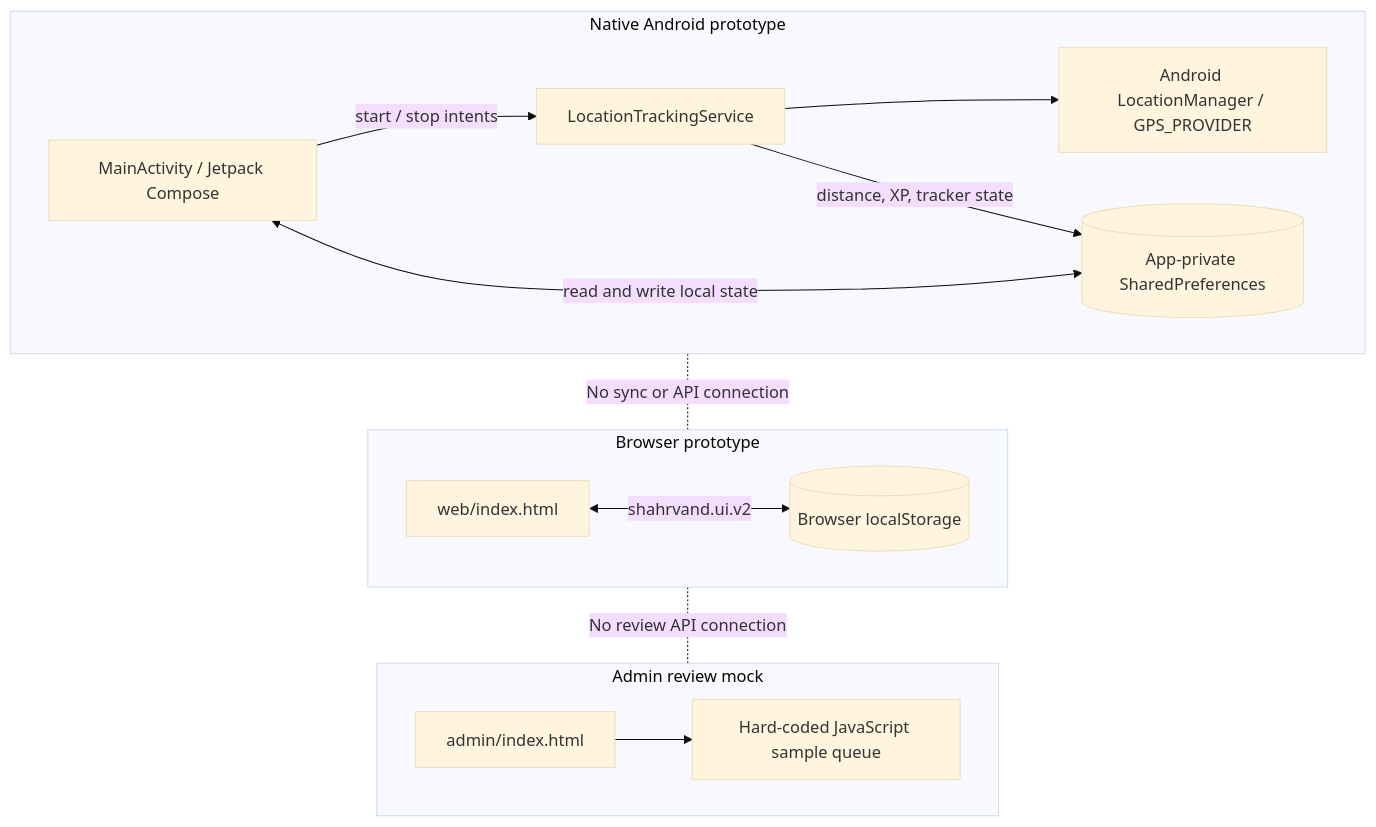
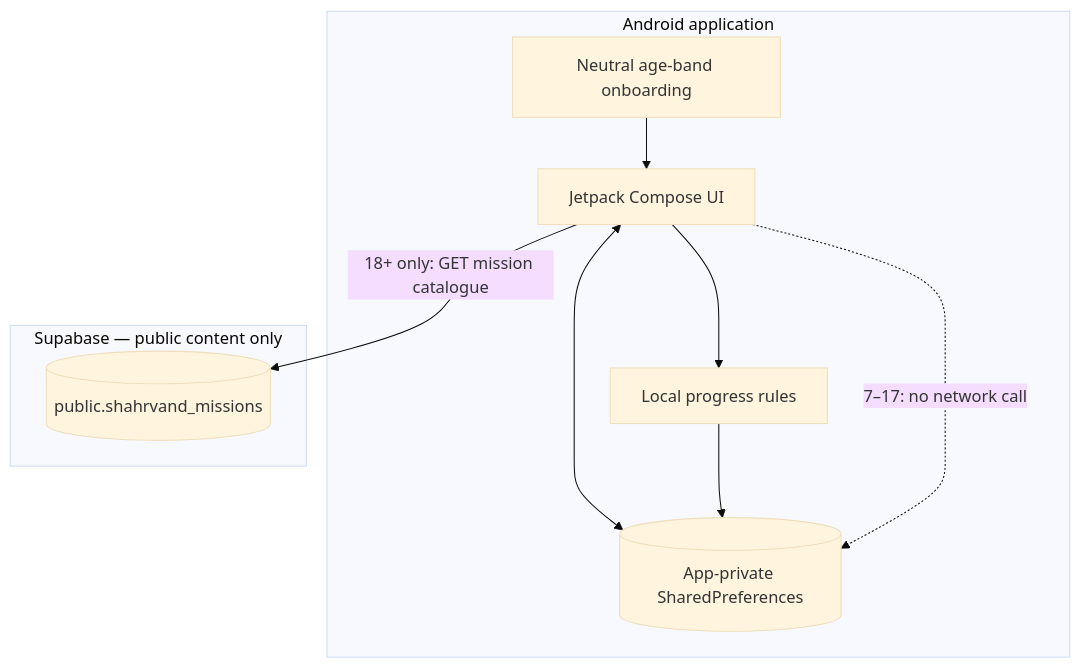
Before and after one commit to Khayom1/SHAHRVAND: the diagram in docs/ARCHITECTURE.md, drawn with Mermaid (base theme). The commit also changed other lines of this file, not shown here.

Commit message:
docs: sync technical documentation for v1.0.0

````diff
--- a/docs/ARCHITECTURE.md
+++ b/docs/ARCHITECTURE.md
@@ -9,28 +9,18 @@
 ```mermaid
 flowchart TB
-    subgraph Android["Native Android prototype"]
-        UI["MainActivity / Jetpack Compose"]
-        GPS["LocationTrackingService"]
-        PREFS[("App-private SharedPreferences")]
-        LM["Android LocationManager / GPS_PROVIDER"]
-        UI -->|"start / stop intents"| GPS
-        GPS --> LM
-        GPS -->|"distance, XP, tracker state"| PREFS
-        UI <-->|"read and write local state"| PREFS
-    end
-
-    subgraph Browser["Browser prototype"]
-        WEB["web/index.html"]
-        LS[("Browser localStorage")]
-        WEB <-->|"shahrvand.ui.v2"| LS
-    end
-
-    subgraph Admin["Admin review mock"]
-        ADMIN["admin/index.html"]
-        FIXTURES["Hard-coded JavaScript sample queue"]
-        ADMIN --> FIXTURES
-    end
-
-    Android -. "No sync or API connection" .- Browser
-    Browser -. "No review API connection" .- Admin
+  subgraph Android["Android application"]
+    Gate["Neutral age-band onboarding"]
+    UI["Jetpack Compose UI"]
+    Store[("App-private SharedPreferences")]
+    Rules["Local progress rules"]
+    Gate --> UI
+    UI <--> Store
+    UI --> Rules
+    Rules --> Store
+  end
+  subgraph Supabase["Supabase — public content only"]
+    Catalog[("public.shahrvand_missions")]
+  end
+  UI -->|"18+ only: GET mission catalogue"| Catalog
+  UI -. "7–17: no network call" .-> Store
 ```
````
